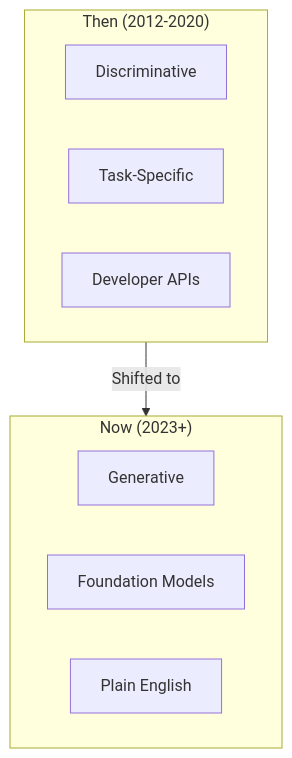
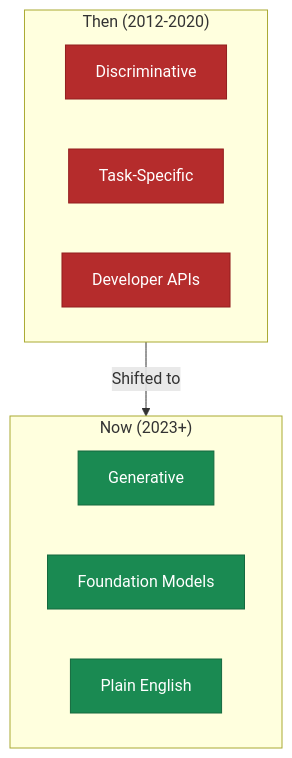
The second of 2 diagrams in book/part-1-foundations/01-the-ai-first-imperative/01-the-ai-inflection-point.md (saurav-yirifi/blueprint-ai-first-company), drawn with Mermaid before and after one commit. The commit also changed other lines of this file and 74 other files, not shown here.

First line of the commit message:
Standardize Mermaid diagrams: dual-mode colors, style directives, and line breaks

````diff
--- a/book/part-1-foundations/01-the-ai-first-imperative/01-the-ai-inflection-point.md
+++ b/book/part-1-foundations/01-the-ai-first-imperative/01-the-ai-inflection-point.md
@@ -48,17 +48,23 @@
 ```mermaid
 flowchart TB
     subgraph then["Then (2012-2020)"]
         P1["Discriminative"]
         P2["Task-Specific"]
         P3["Developer APIs"]
     end
 
     then -->|"Shifted to"| now
 
     subgraph now["Now (2023+)"]
         C1["Generative"]
         C2["Foundation Models"]
         C3["Plain English"]
     end
 
+    style P1 fill:#b52c2c,stroke:#921e1e,color:#fff
+    style P2 fill:#b52c2c,stroke:#921e1e,color:#fff
+    style P3 fill:#b52c2c,stroke:#921e1e,color:#fff
+    style C1 fill:#1a8a52,stroke:#14693e,color:#fff
+    style C2 fill:#1a8a52,stroke:#14693e,color:#fff
+    style C3 fill:#1a8a52,stroke:#14693e,color:#fff
 ```
````
